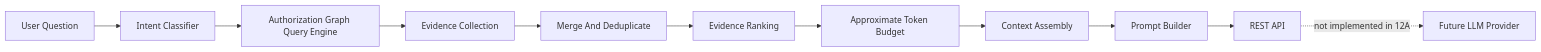
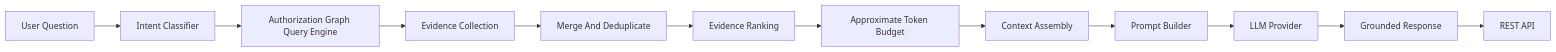
The first of 3 diagrams in docs/ai.md (happelj/accessiq), drawn with Mermaid before and after one commit. The commit also changed other lines of this file and 16 other files, not shown here.

````diff
--- a/docs/ai.md
+++ b/docs/ai.md
@@ -18,25 +19,27 @@
 ```mermaid
 flowchart LR
     Question["User Question"]
     Intent["Intent Classifier"]
     Graph["Authorization Graph Query Engine"]
     Collect["Evidence Collection"]
     Merge["Merge And Deduplicate"]
     Rank["Evidence Ranking"]
     Budget["Approximate Token Budget"]
     Context["Context Assembly"]
     Prompt["Prompt Builder"]
+    Provider["LLM Provider"]
+    Response["Grounded Response"]
     API["REST API"]
-    Future["Future LLM Provider"]
 
     Question --> Intent
     Intent --> Graph
     Graph --> Collect
     Collect --> Merge
     Merge --> Rank
     Rank --> Budget
     Budget --> Context
     Context --> Prompt
-    Prompt --> API
-    API -. "not implemented in 12A" .-> Future
+    Prompt --> Provider
+    Provider --> Response
+    Response --> API
 ```
````
